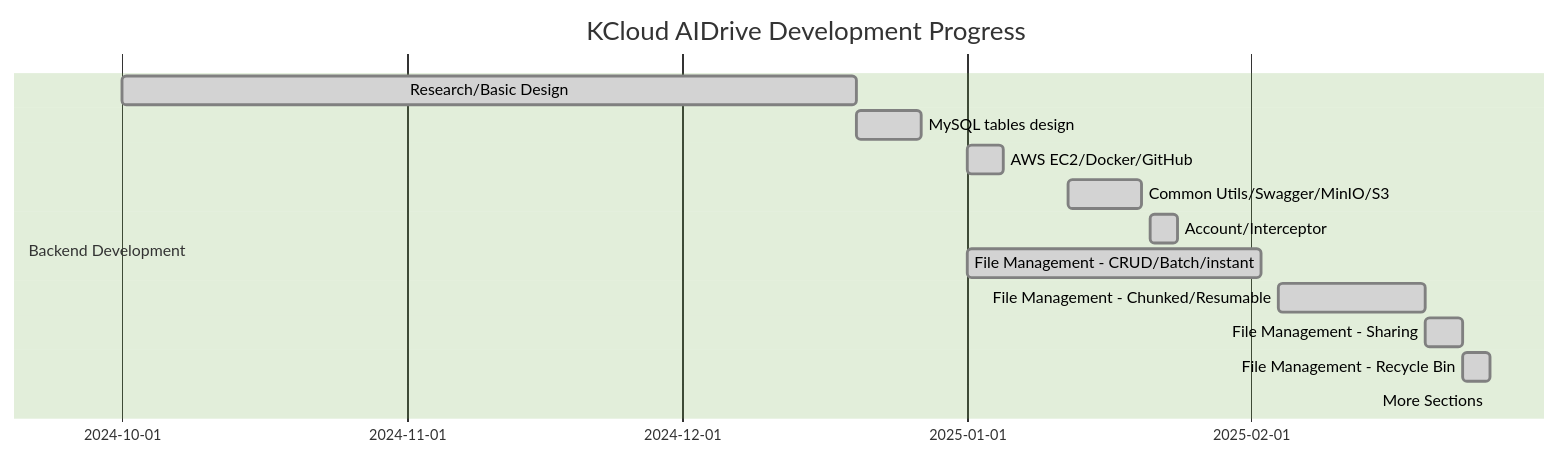
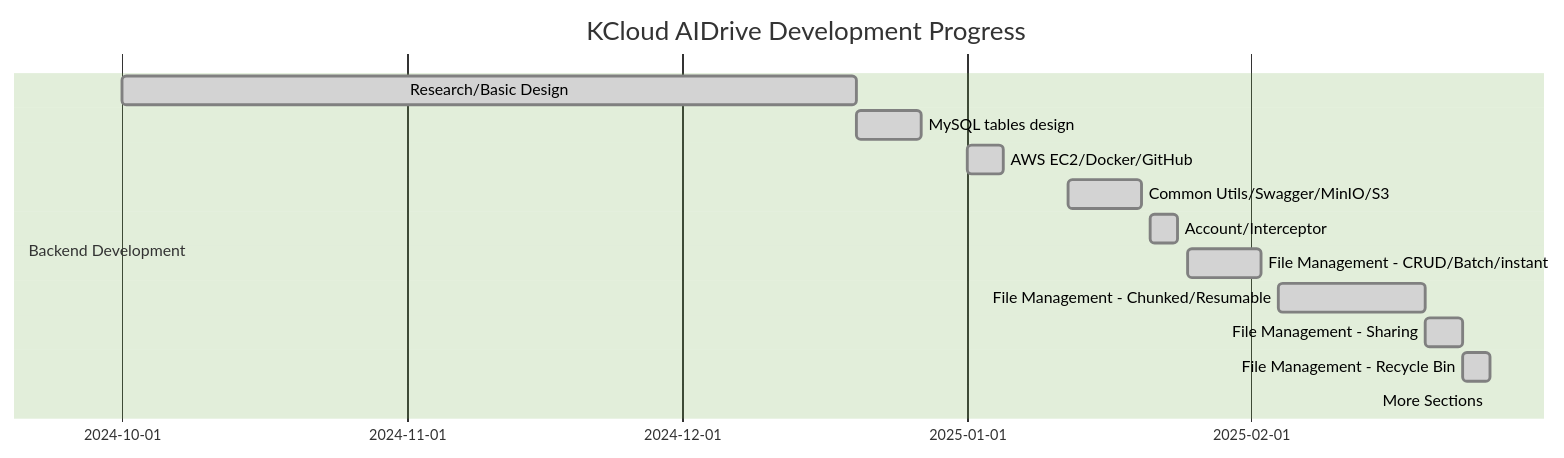
Before and after one commit to kaikang-sde/kcloud_aidrive: the first of 2 diagrams in README.md, drawn with Mermaid (forest theme).

````diff
--- a/README.md
+++ b/README.md
@@ -27,21 +27,21 @@
 ```mermaid
 gantt
     title KCloud AIDrive Development Progress
     dateFormat  YYYY-MM-DD
     section Backend Development
       Research/Basic Design                 :done, design, 2024-10-01, 2024-12-20
       MySQL tables design                   :done, db, 2024-12-20, 2024-12-27
       AWS EC2/Docker/GitHub                 :done, setup, 2025-01-01, 2025-01-05
       Common Utils/Swagger/MinIO/S3         :done, utils, 2025-01-12, 2025-01-20
       Account/Interceptor                   :done, account, 2025-01-21, 2025-01-24
-      File Management - CRUD/Batch/instant  :done, basic, 2025-01-01, 2025-02-02
+      File Management - CRUD/Batch/instant  :done, basic, 2025-01-25, 2025-02-02
       File Management - Chunked/Resumable   :done, chunked, 2025-02-04, 2025-02-20
       File Management - Sharing             :done, sharing, 2025-02-20, 2025-02-24
       File Management - Recycle Bin         :done, recycle, 2025-02-24, 2025-02-27
       More Sections                         :after trash
     section Frontend Development
         
     section AI Model Development
 
     section Deployment & Optimization
 ```
````
